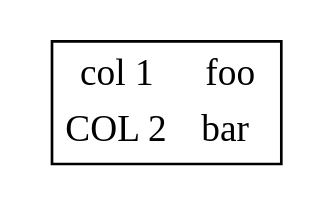
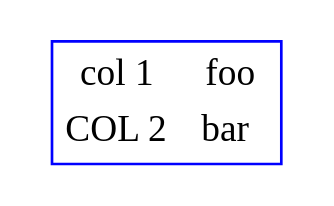
The diagram in examples/html-table.dot (ReneNyffenegger/about-Graphviz), drawn with Graphviz before and after one commit.

Commit message:
Add color to the border of the html table

```diff
--- a/examples/html-table.dot
+++ b/examples/html-table.dot
@@ -1,14 +1,15 @@
 digraph H {
 
   aHtmlTable [
    shape=plaintext
+   color=blue      // The color of the border of the table
    label=<
 
      <table border='1' cellborder='0'>
        <tr><td>col 1</td><td>foo</td></tr>
        <tr><td>COL 2</td><td>bar</td></tr>
      </table>
 
   >];
 
 }
```
